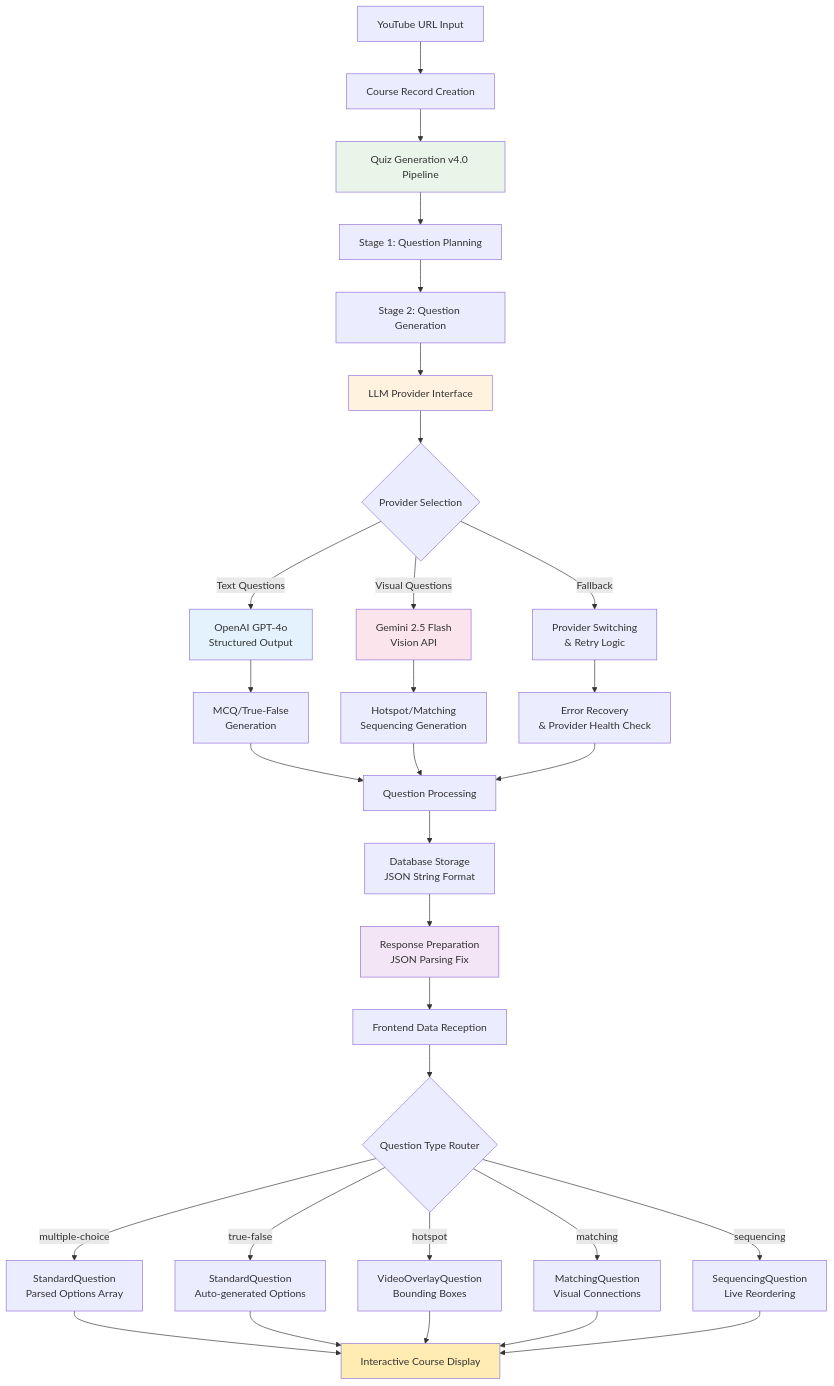
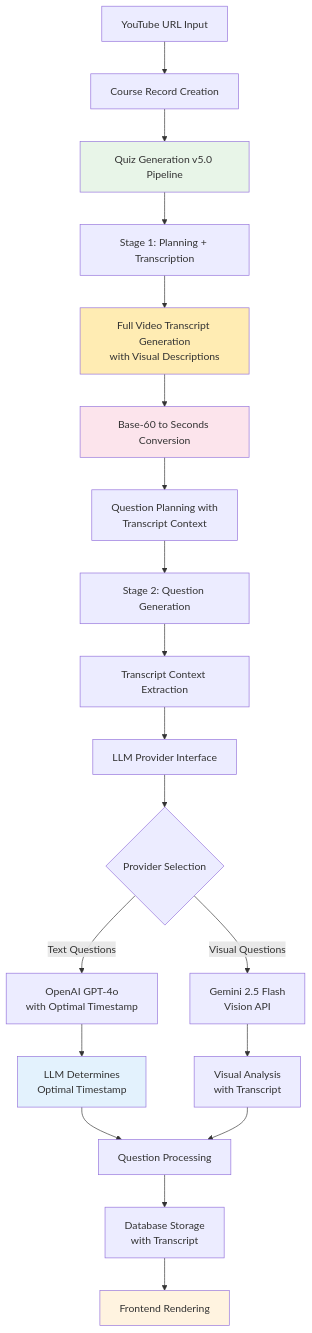
The first of 2 diagrams in COURSE_GENERATION_PIPELINE.md (jfuginay/coursebuild), drawn with Mermaid before and after one commit. The commit also changed other lines of this file and 24 other files, not shown here.

````diff
--- a/COURSE_GENERATION_PIPELINE.md
+++ b/COURSE_GENERATION_PIPELINE.md
@@ -40,47 +41,33 @@
 ```mermaid
 graph TD
     A[YouTube URL Input] --> B[Course Record Creation]
-    B --> C[Quiz Generation v4.0 Pipeline]
+    B --> C[Quiz Generation v5.0 Pipeline]
     
-    C --> D[Stage 1: Question Planning]
-    D --> E[Stage 2: Question Generation]
-    E --> F[LLM Provider Interface]
+    C --> D[Stage 1: Planning + Transcription]
+    D --> E[Full Video Transcript Generation<br/>with Visual Descriptions]
+    E --> F[Base-60 to Seconds Conversion]
+    F --> G[Question Planning with<br/>Transcript Context]
     
-    F --> G{Provider Selection}
-    G -->|Text Questions| H[OpenAI GPT-4o<br/>Structured Output]
-    G -->|Visual Questions| I[Gemini 2.5 Flash<br/>Vision API]
-    G -->|Fallback| J[Provider Switching<br/>& Retry Logic]
+    G --> H[Stage 2: Question Generation]
+    H --> I[Transcript Context Extraction]
+    I --> J[LLM Provider Interface]
     
-    H --> K[MCQ/True-False<br/>Generation]
-    I --> L[Hotspot/Matching<br/>Sequencing Generation]
-    J --> M[Error Recovery<br/>& Provider Health Check]
+    J --> K{Provider Selection}
+    K -->|Text Questions| L[OpenAI GPT-4o<br/>with Optimal Timestamp]
+    K -->|Visual Questions| M[Gemini 2.5 Flash<br/>Vision API]
     
-    K --> N[Question Processing]
-    L --> N
-    M --> N
+    L --> N[LLM Determines<br/>Optimal Timestamp]
+    M --> O[Visual Analysis<br/>with Transcript]
     
-    N --> O[Database Storage<br/>JSON String Format]
-    O --> P[Response Preparation<br/>JSON Parsing Fix]
+    N --> P[Question Processing]
+    O --> P
     
-    P --> Q[Frontend Data Reception]
-    Q --> R{Question Type Router}
-    
-    R -->|multiple-choice| S[StandardQuestion<br/>Parsed Options Array]
-    R -->|true-false| T[StandardQuestion<br/>Auto-generated Options]
-    R -->|hotspot| U[VideoOverlayQuestion<br/>Bounding Boxes]
-    R -->|matching| V[MatchingQuestion<br/>Visual Connections]
-    R -->|sequencing| W[SequencingQuestion<br/>Live Reordering]
-    
-    S --> X[Interactive Course Display]
-    T --> X
-    U --> X
-    V --> X
-    W --> X
+    P --> Q[Database Storage<br/>with Transcript]
+    Q --> R[Frontend Rendering]
     
     style C fill:#e8f5e8
-    style F fill:#fff3e0
-    style H fill:#e3f2fd
-    style I fill:#fce4ec
-    style P fill:#f3e5f5
-    style X fill:#ffecb3
+    style E fill:#ffecb3
+    style F fill:#fce4ec
+    style N fill:#e3f2fd
+    style R fill:#fff3e0
 ```
````
